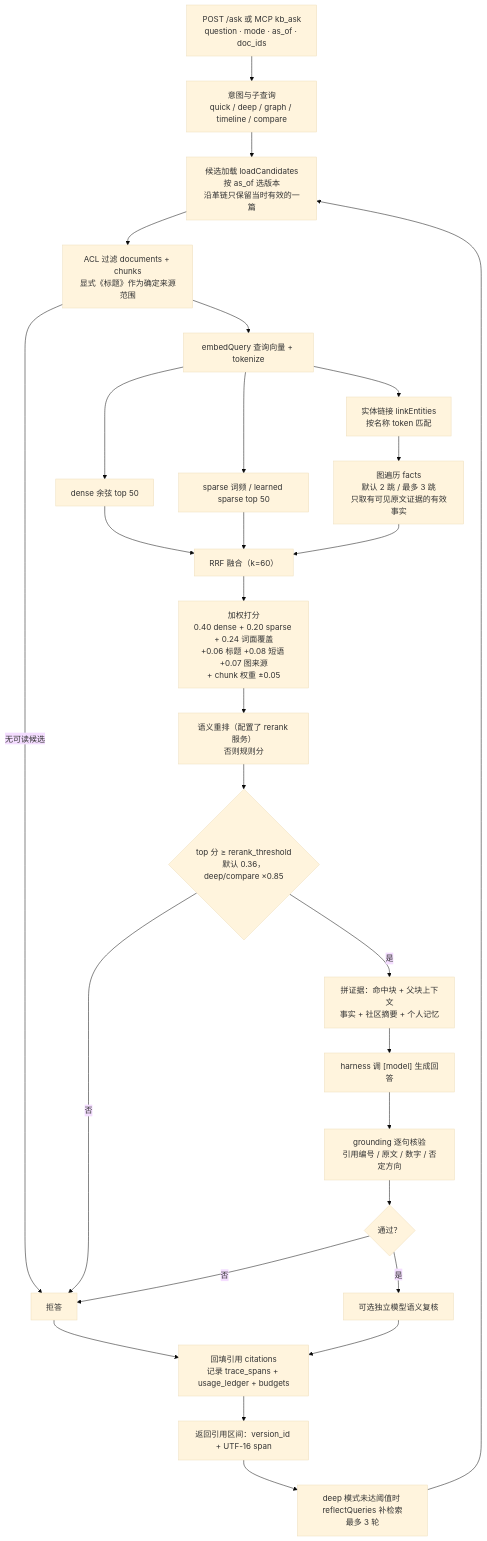
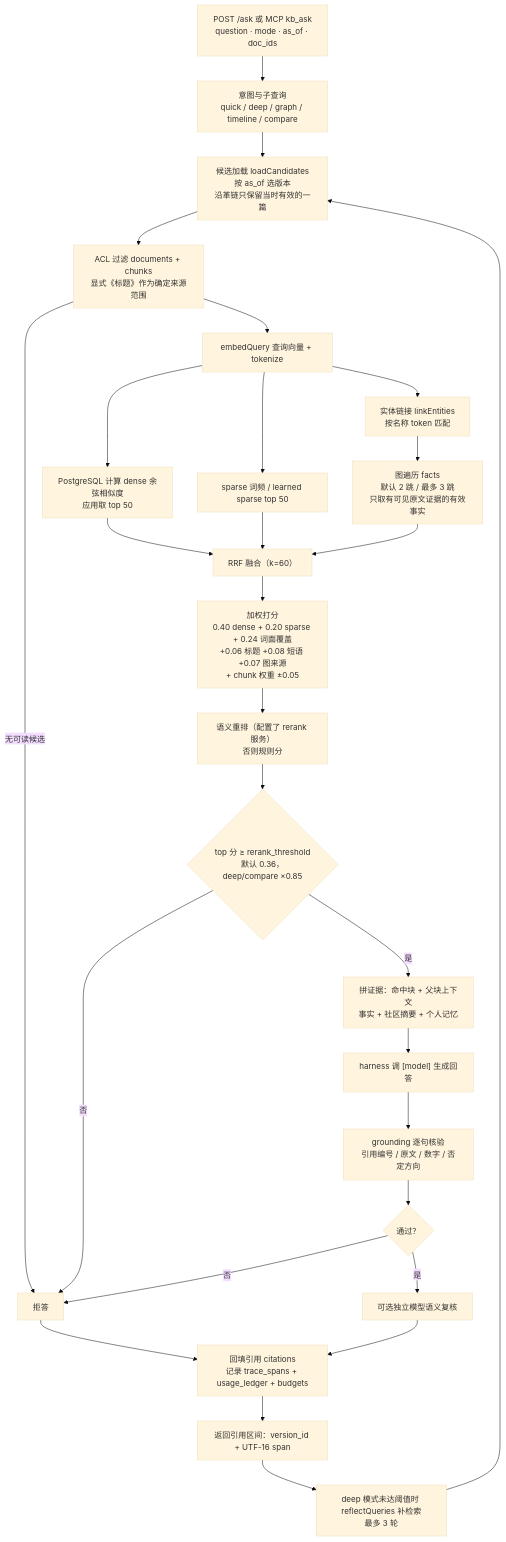
Before and after one commit to BigTailMonkey/btm_knowlage_repository: the fifth of 6 diagrams in docs/architecture.md, drawn with Mermaid (base theme). The commit also changed other lines of this file and 6 other files, not shown here.

First line of the commit message:
perf: 稠密向量改存 PostgreSQL 数组并在库内计算余弦

````diff
--- a/docs/architecture.md
+++ b/docs/architecture.md
@@ -199,30 +199,30 @@
 ```mermaid
 flowchart TD
   A["POST /ask 或 MCP kb_ask<br/>question · mode · as_of · doc_ids"] --> B["意图与子查询<br/>quick / deep / graph / timeline / compare"]
   B --> C["候选加载 loadCandidates<br/>按 as_of 选版本<br/>沿革链只保留当时有效的一篇"]
   C --> D["ACL 过滤 documents + chunks<br/>显式《标题》作为确定来源范围"]
   D -->|"无可读候选"| E["拒答"]
   D --> F["embedQuery 查询向量 + tokenize"]
-  F --> G["dense 余弦 top 50"]
+  F --> G["PostgreSQL 计算 dense 余弦相似度<br/>应用取 top 50"]
   F --> H["sparse 词频 / learned sparse top 50"]
   F --> I["实体链接 linkEntities<br/>按名称 token 匹配"]
   I --> J["图遍历 facts<br/>默认 2 跳 / 最多 3 跳<br/>只取有可见原文证据的有效事实"]
   G --> K["RRF 融合（k=60）"]
   H --> K
   J --> K
   K --> L["加权打分<br/>0.40 dense + 0.20 sparse + 0.24 词面覆盖<br/>+0.06 标题 +0.08 短语 +0.07 图来源<br/>+ chunk 权重 ±0.05"]
   L --> M["语义重排（配置了 rerank 服务）<br/>否则规则分"]
   M --> N{"top 分 ≥ rerank_threshold<br/>默认 0.36，deep/compare ×0.85"}
   N -->|"否"| E
   N -->|"是"| O["拼证据：命中块 + 父块上下文<br/>事实 + 社区摘要 + 个人记忆"]
   O --> P["harness 调 [model] 生成回答"]
   P --> Q["grounding 逐句核验<br/>引用编号 / 原文 / 数字 / 否定方向"]
   Q --> R{"通过？"}
   R -->|"否"| E
   R -->|"是"| S["可选独立模型语义复核"]
   S --> T["回填引用 citations<br/>记录 trace_spans + usage_ledger + budgets"]
   E --> T
   T --> U["返回引用区间：version_id + UTF-16 span"]
   U --> V["deep 模式未达阈值时 reflectQueries 补检索<br/>最多 3 轮"]
   V --> C
 ```
````
